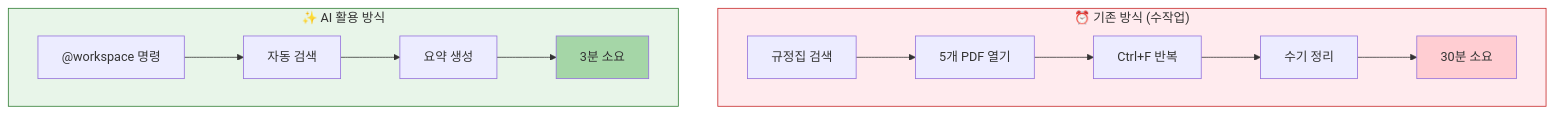
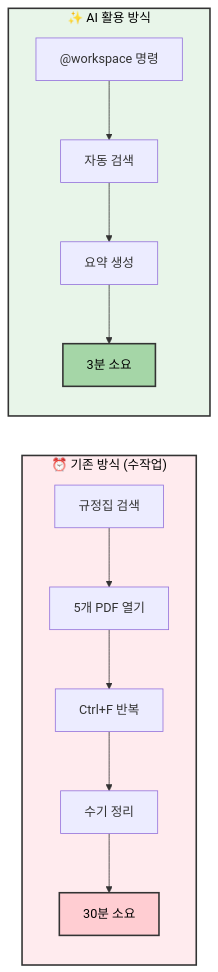
One commit to seo-jinseok/GitHub-Copilot-Guide changed diagram 15 of 17 in dist/University_Copilot_Guide_Complete_KO.md. Above: the diagram before and after it, drawn with Mermaid. The commit also changed other lines of this file, not shown here.

Commit message:
docs: mermaid 그림 색상 수정

````diff
--- a/dist/University_Copilot_Guide_Complete_KO.md
+++ b/dist/University_Copilot_Guide_Complete_KO.md
@@ -1105,20 +1128,20 @@
 ```mermaid
-graph TD
+graph LR
     subgraph Before["⏰ 기존 방식 (수작업)"]
         B1[규정집 검색] --> B2[5개 PDF 열기]
         B2 --> B3[Ctrl+F 반복]
         B3 --> B4[수기 정리]
         B4 --> B5[30분 소요]
     end
     
     subgraph After["✨ AI 활용 방식"]
         A1["@workspace 명령"] --> A2[자동 검색]
         A2 --> A3[요약 생성]
         A3 --> A4[3분 소요]
     end
     
-    style Before fill:#ffebee,stroke:#c62828
-    style After fill:#e8f5e9,stroke:#2e7d32
-    style B5 fill:#ffcdd2
-    style A4 fill:#a5d6a7
+    style Before fill:#ffebee,stroke:#333,stroke-width:2px,color:#000
+    style After fill:#e8f5e9,stroke:#333,stroke-width:2px,color:#000
+    style B5 fill:#ffcdd2,stroke:#333,stroke-width:2px,color:#000
+    style A4 fill:#a5d6a7,stroke:#333,stroke-width:2px,color:#000
 ```
````
